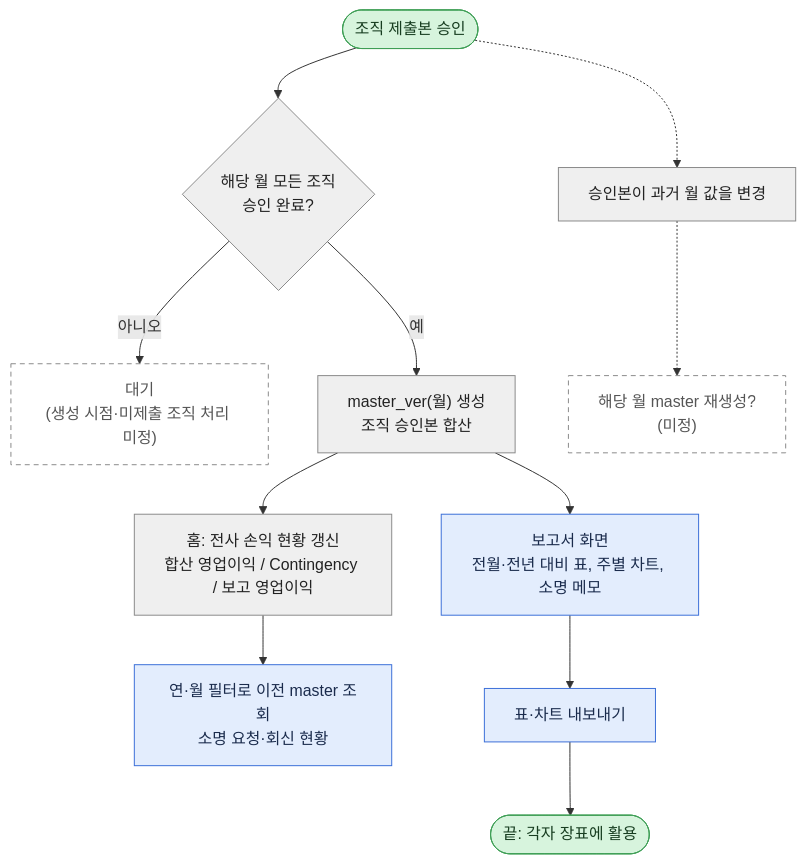
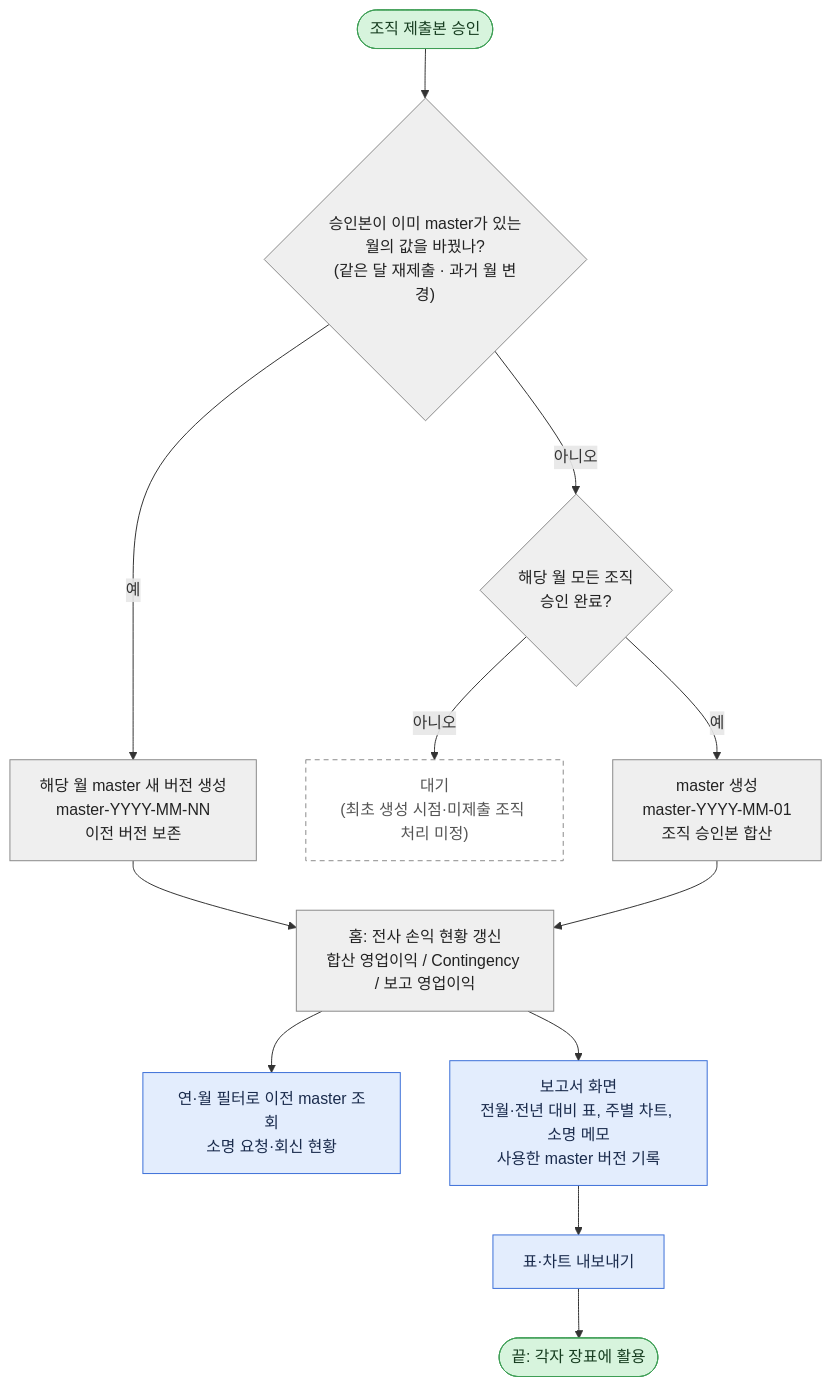
The fifth of 7 diagrams in docs/flow.md (shinharyeong/skala_final_project), drawn with Mermaid before and after one commit. The commit also changed 1 other file, not shown here.

Commit message:
docs(docs): master 갱신 규칙 확정
조직 제출본 승인으로 값이 바뀐 월의 master를 새 버전(master-YYYY-MM-NN)으로
생성하고 이전 버전은 보존한다. 흐름도 4단계와 미정 사항을 함께 갱신한다.

````diff
--- a/docs/flow.md
+++ b/docs/flow.md
@@ -154,29 +154,30 @@
 ```mermaid
 flowchart TD
     A(["조직 제출본 승인"])
     B{"해당 월 모든 조직<br/>승인 완료?"}
-    B1["대기<br/>(생성 시점·미제출 조직 처리 미정)"]
-    C["master_ver(월) 생성<br/>조직 승인본 합산"]
+    B1["대기<br/>(최초 생성 시점·미제출 조직 처리 미정)"]
+    C["master 생성<br/>master-YYYY-MM-01<br/>조직 승인본 합산"]
     D["홈: 전사 손익 현황 갱신<br/>합산 영업이익 / Contingency / 보고 영업이익"]
     E["연·월 필터로 이전 master 조회<br/>소명 요청·회신 현황"]
-    F["보고서 화면<br/>전월·전년 대비 표, 주별 차트, 소명 메모"]
+    F["보고서 화면<br/>전월·전년 대비 표, 주별 차트, 소명 메모<br/>사용한 master 버전 기록"]
     G["표·차트 내보내기"]
     H(["끝: 각자 장표에 활용"])
-    X["승인본이 과거 월 값을 변경"]
-    Y["해당 월 master 재생성?<br/>(미정)"]
+    X{"승인본이 이미 master가 있는<br/>월의 값을 바꿨나?<br/>(같은 달 재제출 · 과거 월 변경)"}
+    Y["해당 월 master 새 버전 생성<br/>master-YYYY-MM-NN<br/>이전 버전 보존"]
 
-    A --> B
+    A --> X
+    X -->|예| Y --> D
+    X -->|아니오| B
     B -->|아니오| B1
     B -->|예| C --> D --> E
-    C --> F --> G --> H
-    A -.-> X -.-> Y
+    D --> F --> G --> H
 
     classDef planner fill:#E3EDFD,stroke:#3B6FD8,color:#1A2B4C
     classDef system fill:#EFEFEF,stroke:#8A8A8A,color:#222
     classDef terminal fill:#D7F4DD,stroke:#3E9E55,color:#173D20
     classDef undecided fill:#FFFFFF,stroke:#8A8A8A,stroke-dasharray:5 4,color:#555
     class E,F,G planner
-    class B,C,D,X system
+    class B,C,D,X,Y system
     class A,H terminal
-    class B1,Y undecided
+    class B1 undecided
 ```
````
